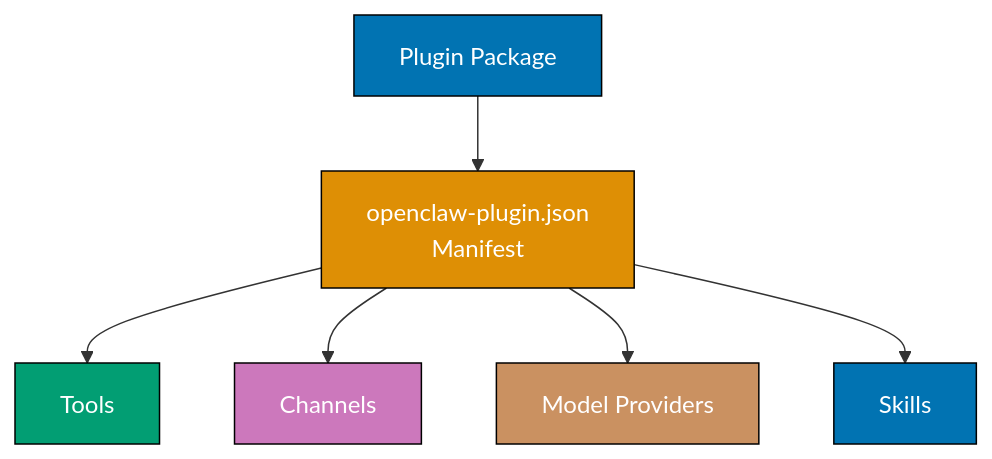
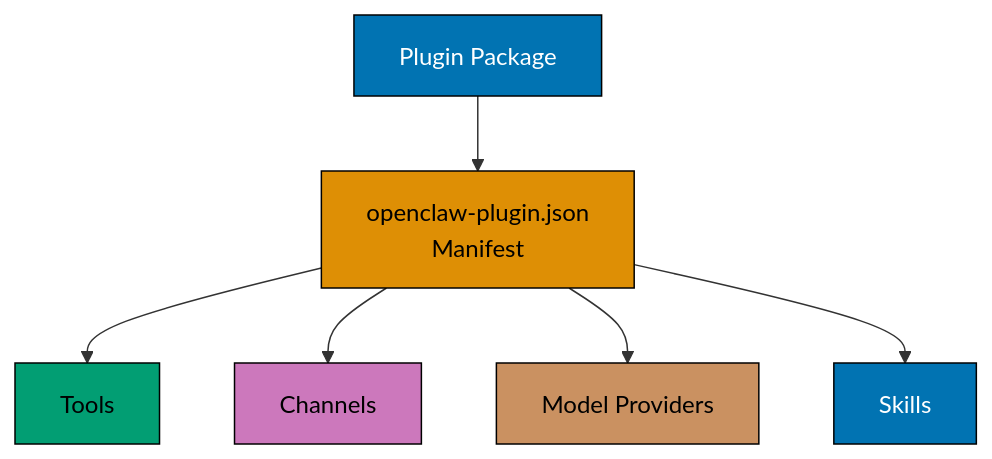
The first of 3 diagrams in apps/ayokoding-www/content/en/learn/legacy/artificial-intelligence/tools/openclaw/by-example/advanced.md (wahidyankf/ose-public), drawn with Mermaid before and after one commit. The commit also changed other lines of this file and 50 other files, not shown here.

First line of the commit message:
fix(mermaid): bring the docs, governance, plans, and legacy AI diagrams onto the accessible palette

````diff
--- a/apps/ayokoding-www/content/en/learn/legacy/artificial-intelligence/tools/openclaw/by-example/advanced.md
+++ b/apps/ayokoding-www/content/en/learn/legacy/artificial-intelligence/tools/openclaw/by-example/advanced.md
@@ -18,23 +18,31 @@
 ```mermaid
 %% Color Palette: Blue #0173B2, Orange #DE8F05, Teal #029E73, Purple #CC78BC, Brown #CA9161
 graph TD
+    accTitle: Example 55: Plugin Architecture Overview
+    accDescr: Graph with 6 nodes and 5 connections. Nodes: Plugin Package, openclaw-plugin.json Manifest, Tools, Channels, Model Providers, Skills. Connections: Plugin Package to openclaw-plugin.json Manifest, openclaw-plugin.json Manifest to Tools, openclaw-plugin.json Manifest to Channels, openclaw-plugin.json Manifest to Model Providers, openclaw-plugin.json Manifest to Skills.
     A["Plugin Package"]
     B["openclaw-plugin.json<br/>Manifest"]
     C["Tools"]
     D["Channels"]
     E["Model Providers"]
     F["Skills"]
 
     A --> B
     B --> C
     B --> D
     B --> E
     B --> F
 
-    style A fill:#0173B2,stroke:#000,color:#fff
-    style B fill:#DE8F05,stroke:#000,color:#fff
-    style C fill:#029E73,stroke:#000,color:#fff
-    style D fill:#CC78BC,stroke:#000,color:#fff
-    style E fill:#CA9161,stroke:#000,color:#fff
-    style F fill:#0173B2,stroke:#000,color:#fff
+    classDef pal-0173B2 fill:#0173B2,stroke:#000000,color:#FFFFFF
+    class A pal-0173B2
+    classDef pal-DE8F05 fill:#DE8F05,stroke:#000000,color:#000000
+    class B pal-DE8F05
+    classDef pal-029E73 fill:#029E73,stroke:#000000,color:#000000
+    class C pal-029E73
+    classDef pal-CC78BC fill:#CC78BC,stroke:#000000,color:#000000
+    class D pal-CC78BC
+    classDef pal-CA9161 fill:#CA9161,stroke:#000000,color:#000000
+    class E pal-CA9161
+    class F pal-0173B2
+    classDef default fill:#FFFFFF,stroke:#000000,color:#000000
 ```
````
